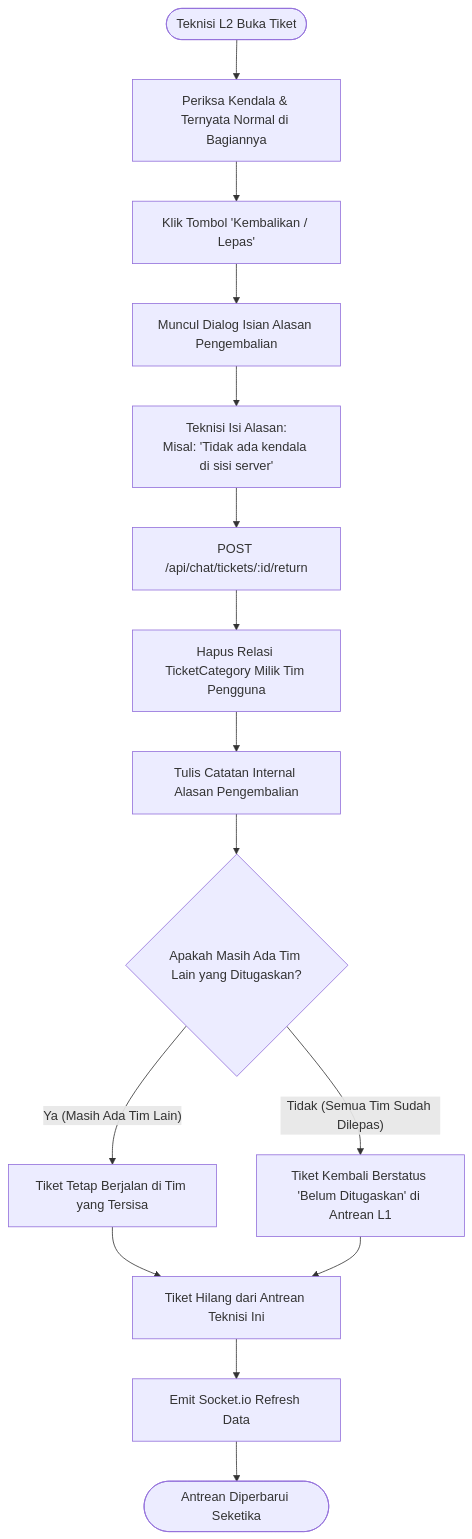
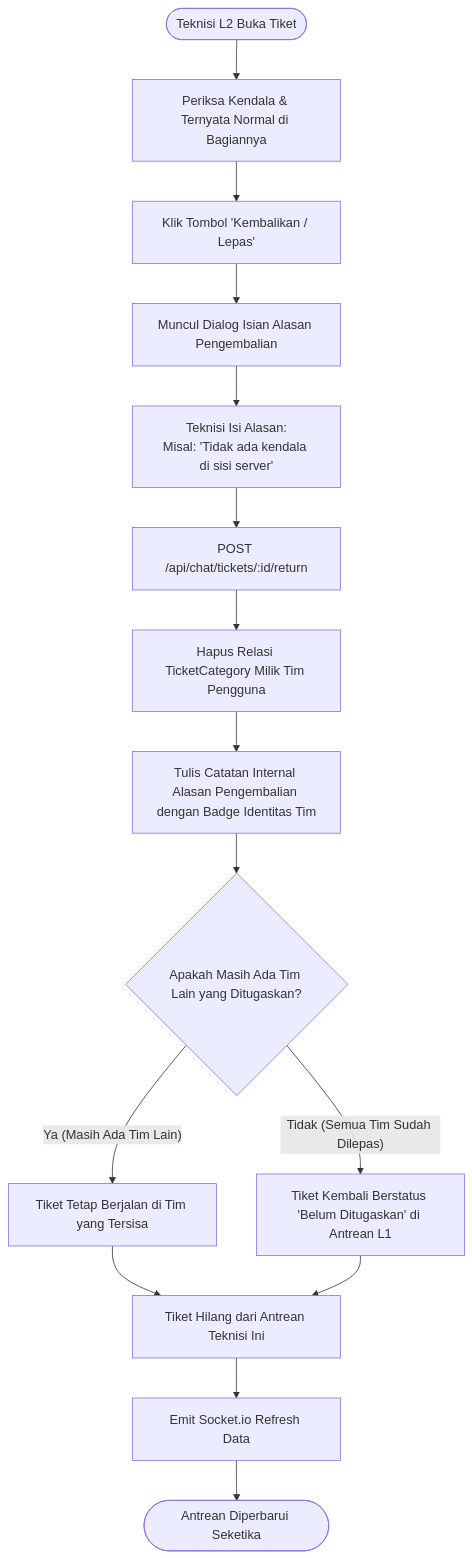
The fourth of 5 diagrams in docs/System_Flowcharts.md (llaurensius/hts-chat-integration), drawn with Mermaid before and after one commit. The commit also changed other lines of this file and 12 other files, not shown here.

````diff
--- a/docs/System_Flowcharts.md
+++ b/docs/System_Flowcharts.md
@@ -107,20 +109,20 @@
 ```mermaid
 flowchart TD
     A([Teknisi L2 Buka Tiket]) --> B[Periksa Kendala & Ternyata Normal di Bagiannya]
     B --> C[Klik Tombol 'Kembalikan / Lepas']
     C --> D[Muncul Dialog Isian Alasan Pengembalian]
     D --> E[Teknisi Isi Alasan:\nMisal: 'Tidak ada kendala di sisi server']
     E --> F[POST /api/chat/tickets/:id/return]
     
     F --> G[Hapus Relasi TicketCategory Milik Tim Pengguna]
-    G --> H[Tulis Catatan Internal Alasan Pengembalian]
+    G --> H[Tulis Catatan Internal Alasan Pengembalian dengan Badge Identitas Tim]
     H --> I{Apakah Masih Ada Tim Lain yang Ditugaskan?}
     
     I -- Ya (Masih Ada Tim Lain) --> J[Tiket Tetap Berjalan di Tim yang Tersisa]
     I -- Tidak (Semua Tim Sudah Dilepas) --> K[Tiket Kembali Berstatus 'Belum Ditugaskan' di Antrean L1]
     
     J --> L[Tiket Hilang dari Antrean Teknisi Ini]
     K --> L
     L --> M[Emit Socket.io Refresh Data]
     M --> N([Antrean Diperbarui Seketika])
 ```
````
